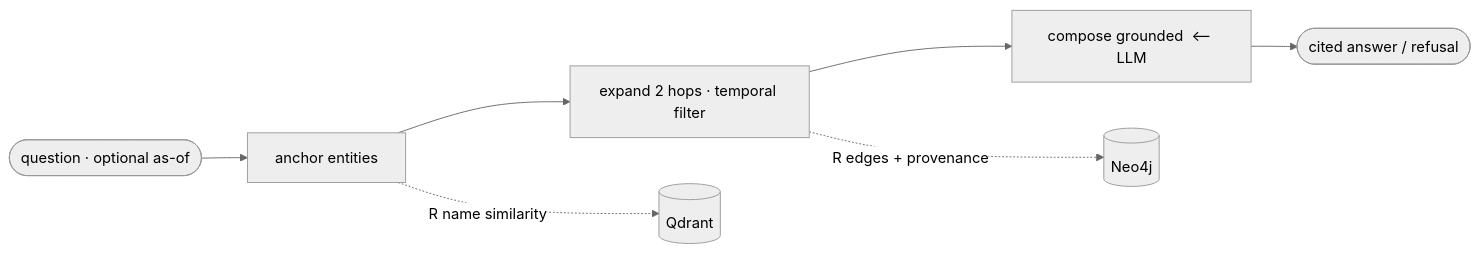
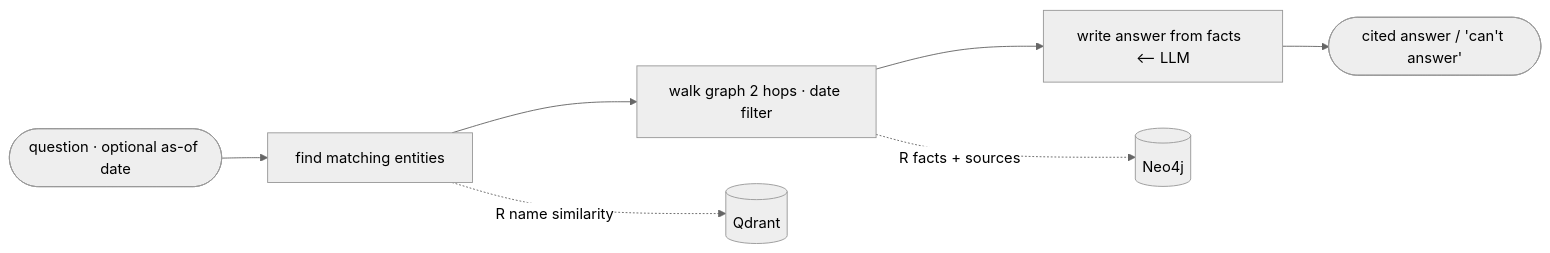
The sixth of 7 diagrams in docs/lifecycle.md (clsanc195/ks_ingestion_inference), drawn with Mermaid (neutral theme) before and after one commit. The commit also changed other lines of this file and 1 other file, not shown here.

````diff
--- a/docs/lifecycle.md
+++ b/docs/lifecycle.md
@@ -206,11 +206,11 @@
 ```mermaid
 flowchart LR
-  Q(["question · optional as-of"]) --> ANC["anchor entities"]
-  ANC --> EXP["expand 2 hops · temporal filter"]
-  EXP --> CMP["compose grounded  ⟵ LLM"]
-  CMP --> ANS(["cited answer / refusal"])
+  Q(["question · optional as-of date"]) --> ANC["find matching entities"]
+  ANC --> EXP["walk graph 2 hops · date filter"]
+  EXP --> CMP["write answer from facts  ⟵ LLM"]
+  CMP --> ANS(["cited answer / 'can't answer'"])
   QDR[("Qdrant")]
   NEO[("Neo4j")]
   ANC -. "R name similarity" .-> QDR
-  EXP -. "R edges + provenance" .-> NEO
+  EXP -. "R facts + sources" .-> NEO
 ```
````
